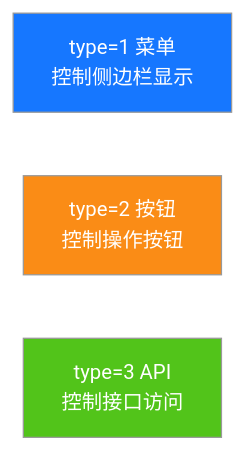
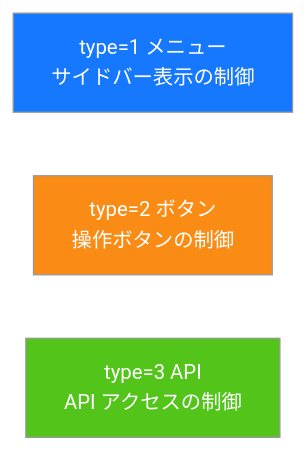
Before and after one commit to erikwang2013/game-platform-php: the third of 3 diagrams in admin/docs/diagrams/05-rbac-model.ja.md, drawn with Mermaid (neutral theme). The commit also changed other lines of this file and 211 other files, not shown here.

First line of the commit message:
fix: 支付配置读回类型根治、提现事件对账巡检，12 语族 mermaid 与 API 标签本地化

````diff
--- a/admin/docs/diagrams/05-rbac-model.ja.md
+++ b/admin/docs/diagrams/05-rbac-model.ja.md
@@ -64,10 +64,10 @@
 ```mermaid
 flowchart LR
-    t1["type=1 菜单<br/>控制侧边栏显示"]
-    t2["type=2 按钮<br/>控制操作按钮"]
-    t3["type=3 API<br/>控制接口访问"]
+    t1["type=1 メニュー<br/>サイドバー表示の制御"]
+    t2["type=2 ボタン<br/>操作ボタンの制御"]
+    t3["type=3 API<br/>API アクセスの制御"]
 
     style t1 fill:#1677FF,color:#fff
     style t2 fill:#FA8C16,color:#fff
     style t3 fill:#52C41A,color:#fff
 ```
````
